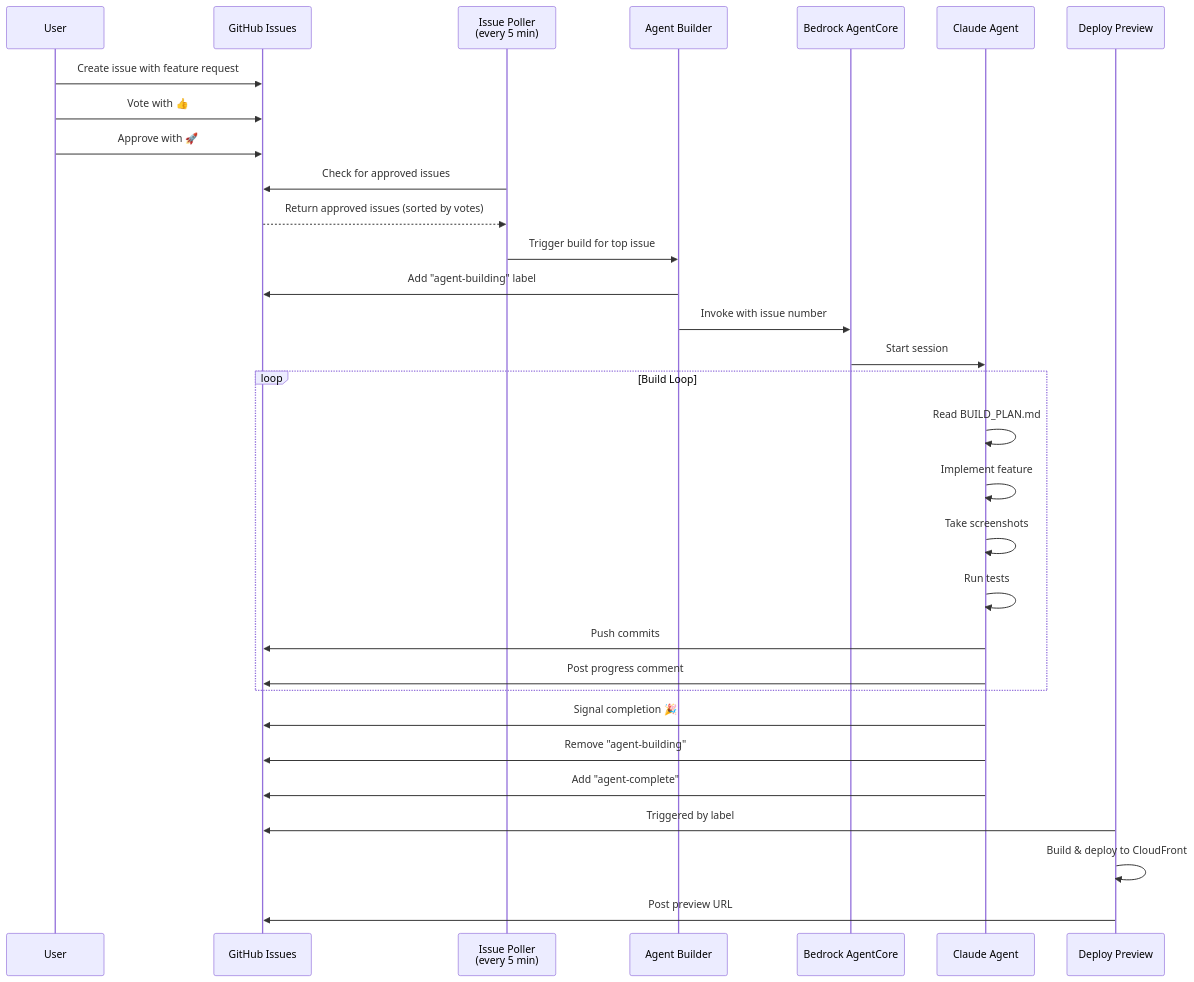
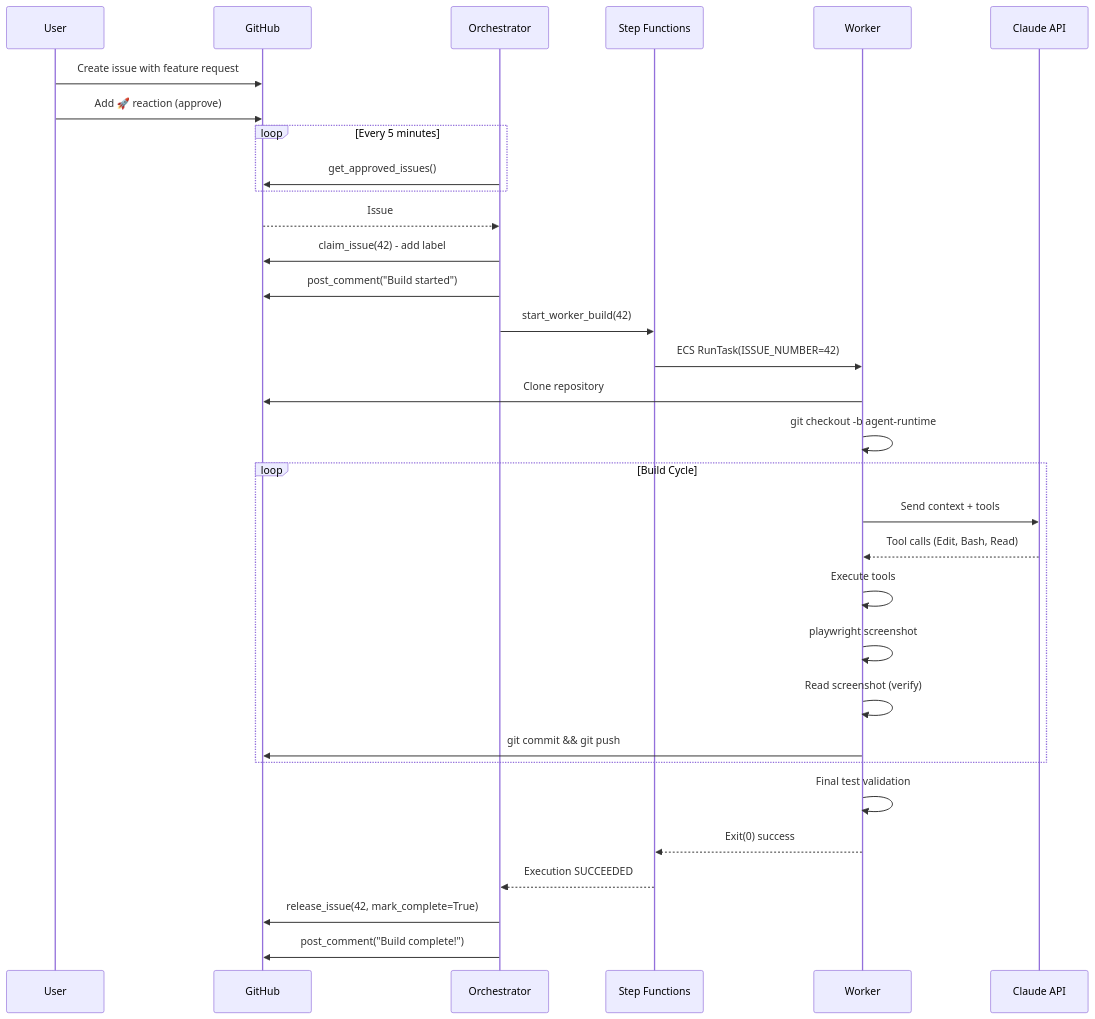
One commit to jawhnycooke/riv2025-long-horizon-coding-agent-demo changed the third of 6 diagrams in README.md. Above: the diagram before and after it, drawn with Mermaid. The commit also changed other lines of this file and 26 other files, not shown here.

First line of the commit message:
refactor: Two-container ECS/Fargate architecture

````diff
--- a/README.md
+++ b/README.md
@@ -73,40 +84,42 @@
 ```mermaid
 sequenceDiagram
     participant User
-    participant GitHub as GitHub Issues
-    participant Poller as Issue Poller<br/>(every 5 min)
-    participant Builder as Agent Builder
-    participant AgentCore as Bedrock AgentCore
-    participant Agent as Claude Agent
-    participant Deploy as Deploy Preview
+    participant GitHub
+    participant Orchestrator
+    participant StepFunctions as Step Functions
+    participant Worker
+    participant Claude as Claude API
 
     User->>GitHub: Create issue with feature request
-    User->>GitHub: Vote with 👍
-    User->>GitHub: Approve with 🚀
+    User->>GitHub: Add 🚀 reaction (approve)
 
-    Poller->>GitHub: Check for approved issues
-    GitHub-->>Poller: Return approved issues (sorted by votes)
-    Poller->>Builder: Trigger build for top issue
-
-    Builder->>GitHub: Add "agent-building" label
-    Builder->>AgentCore: Invoke with issue number
-
-    AgentCore->>Agent: Start session
-
-    loop Build Loop
-        Agent->>Agent: Read BUILD_PLAN.md
-        Agent->>Agent: Implement feature
-        Agent->>Agent: Take screenshots
-        Agent->>Agent: Run tests
-        Agent->>GitHub: Push commits
-        Agent->>GitHub: Post progress comment
+    loop Every 5 minutes
+        Orchestrator->>GitHub: get_approved_issues()
     end
 
-    Agent->>GitHub: Signal completion 🎉
-    Agent->>GitHub: Remove "agent-building"
-    Agent->>GitHub: Add "agent-complete"
+    GitHub-->>Orchestrator: Issue #42 approved
+    Orchestrator->>GitHub: claim_issue(42) - add label
+    Orchestrator->>GitHub: post_comment("Build started")
+    Orchestrator->>StepFunctions: start_worker_build(42)
 
-    Deploy->>GitHub: Triggered by label
-    Deploy->>Deploy: Build & deploy to CloudFront
-    Deploy->>GitHub: Post preview URL
+    StepFunctions->>Worker: ECS RunTask(ISSUE_NUMBER=42)
+
+    Worker->>GitHub: Clone repository
+    Worker->>Worker: git checkout -b agent-runtime
+
+    loop Build Cycle
+        Worker->>Claude: Send context + tools
+        Claude-->>Worker: Tool calls (Edit, Bash, Read)
+        Worker->>Worker: Execute tools
+        Worker->>Worker: playwright screenshot
+        Worker->>Worker: Read screenshot (verify)
+        Worker->>GitHub: git commit && git push
+    end
+
+    Worker->>Worker: Final test validation
+    Worker-->>StepFunctions: Exit(0) success
+
+    StepFunctions-->>Orchestrator: Execution SUCCEEDED
+    Orchestrator->>GitHub: release_issue(42, mark_complete=True)
+    Orchestrator->>GitHub: post_comment("Build complete!")
 ```
````
